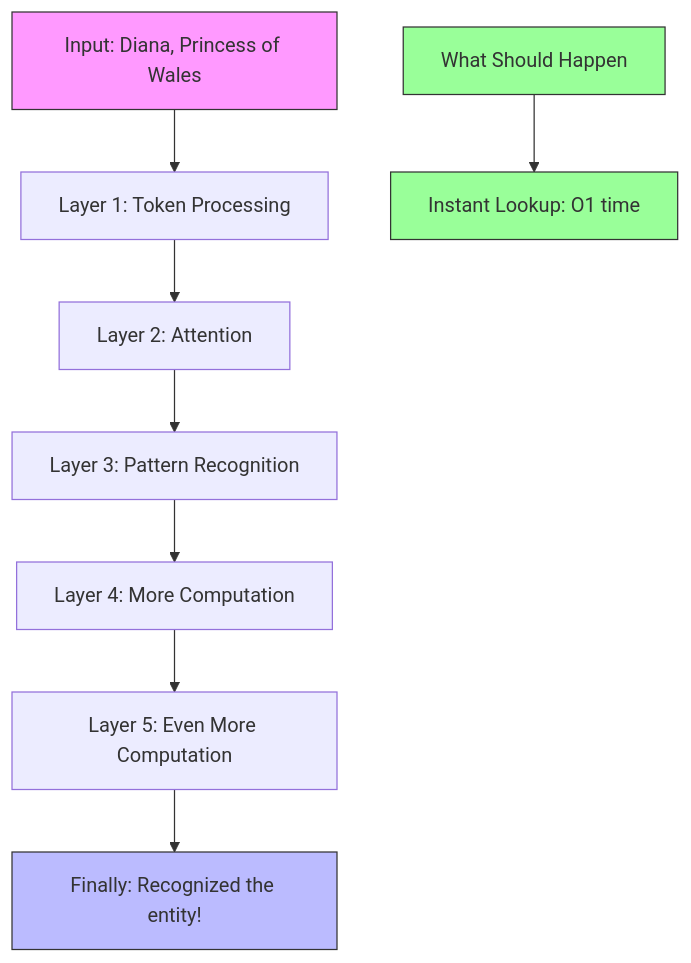
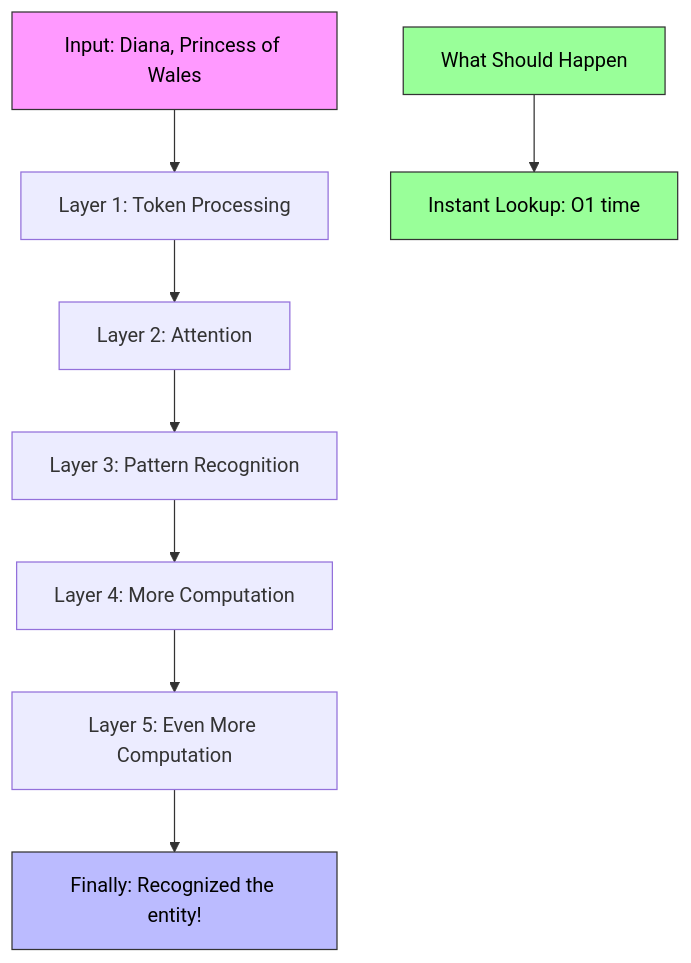
Before and after one commit to rsrini7/Learnings: the first of 22 diagrams in Papers/Deepseek-Engram.md, drawn with Mermaid. The commit also changed other lines of this file, not shown here.

Commit message:
mermaid diagram text color updated

````diff
--- a/Papers/Deepseek-Engram.md
+++ b/Papers/Deepseek-Engram.md
@@ -161,17 +160,17 @@
 ```mermaid
 graph TD
     A[Input: Diana, Princess of Wales] --> B[Layer 1: Token Processing]
     B --> C[Layer 2: Attention]
     C --> D[Layer 3: Pattern Recognition]
     D --> E[Layer 4: More Computation]
     E --> F[Layer 5: Even More Computation]
     F --> G[Finally: Recognized the entity!]
     
-    style A fill:#f9f,stroke:#333
-    style G fill:#bbf,stroke:#333
+    style A fill:#f9f,stroke:#333,color:#000
+    style G fill:#bbf,stroke:#333,color:#000
     
     H[What Should Happen] --> I[Instant Lookup: O1 time]
     
-    style H fill:#9f9,stroke:#333
-    style I fill:#9f9,stroke:#333
+    style H fill:#9f9,stroke:#333,color:#000
+    style I fill:#9f9,stroke:#333,color:#000
 ```
````
